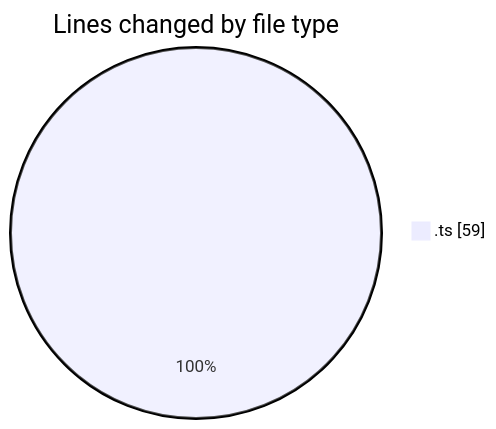
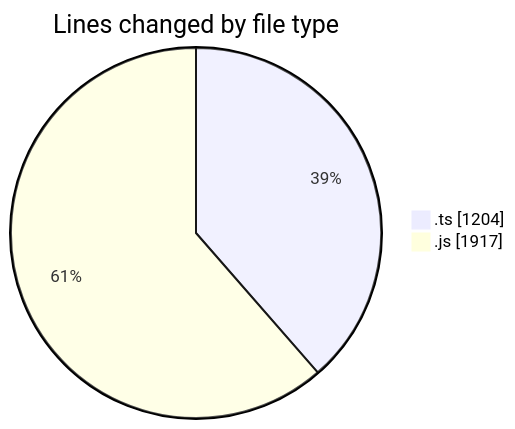
One commit to momahboobian/code-tracking changed the first of 2 diagrams in 2025-07-29/cda/README.md. Above: the diagram before and after it, drawn with Mermaid. The commit also changed other lines of this file and 1 other file, not shown here.

````diff
--- a/2025-07-29/cda/README.md
+++ b/2025-07-29/cda/README.md
@@ -21,5 +23,6 @@
 ```mermaid
 pie showData
 title Lines changed by file type
-".ts" : 59
+".ts" : 1204
+".js" : 1917
 ```
````
